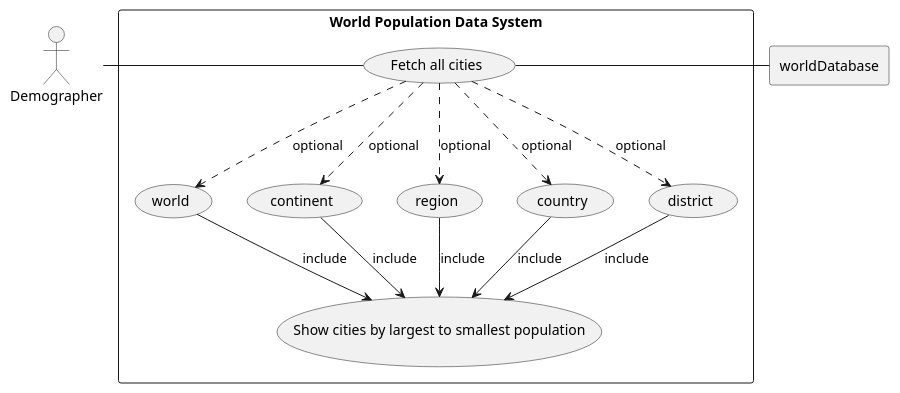
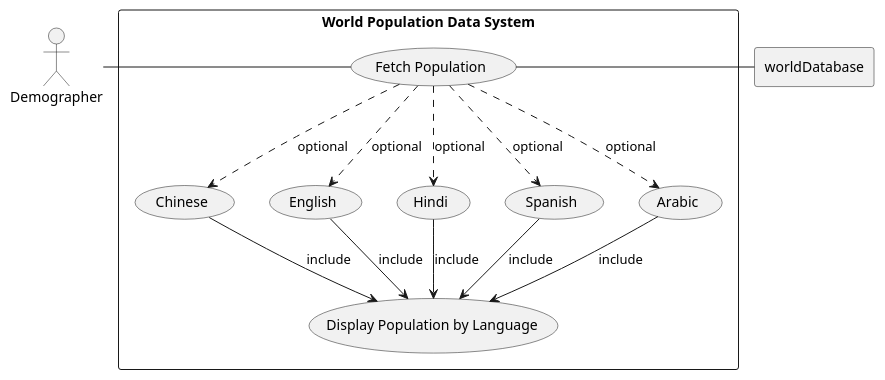
One commit to careykva/Group_4 changed the diagram in population_use_case/population by language.puml. Above: the diagram before and after it, drawn with PlantUML. The commit also changed 4 other files, not shown here.

```diff
--- a/population_use_case/population by language.puml
+++ b/population_use_case/population by language.puml
@@ -1,30 +1,30 @@
 @startuml
 actor AL as "Demographer"
 
 rectangle worldDatabase
 
 rectangle "World Population Data System" {
-	usecase UC6 as "Fetch all cities"
-	usecase UC6.1 as "world"
-	usecase UC6.2 as "continent"
-	usecase UC6.3 as "region"
-	usecase UC6.4 as "country"
-	usecase UC6.5 as "district"
+	usecase UC7 as "Fetch Population"
+	usecase UC7.1 as "Chinese"
+	usecase UC7.2 as "English"
+	usecase UC7.3 as "Hindi"
+	usecase UC7.4 as "Spanish"
+	usecase UC7.5 as "Arabic"
 
-	usecase UCa as "Show cities by largest to smallest population"
+	usecase UCa as "Display Population by Language"
 
 
-AL - UC6
-UC6 ..> UC6.1 : optional
-    UC6.1 --> UCa : include
-UC6 ..> UC6.2 : optional
-    UC6.2 --> UCa : include
-UC6 ..> UC6.3 : optional
-    UC6.3 --> UCa : include
-UC6 ..> UC6.4 : optional
-    UC6.4 --> UCa : include
-UC6 ..> UC6.5 : optional
-    UC6.5 --> UCa : include
+AL - UC7
+UC7 ..> UC7.1 : optional
+    UC7.1 --> UCa : include
+UC7 ..> UC7.2 : optional
+    UC7.2 --> UCa : include
+UC7 ..> UC7.3 : optional
+    UC7.3 --> UCa : include
+UC7 ..> UC7.4 : optional
+    UC7.4 --> UCa : include
+UC7 ..> UC7.5 : optional
+    UC7.5 --> UCa : include
 
-UC6 - worldDatabase
+UC7 - worldDatabase
 @enduml
```
